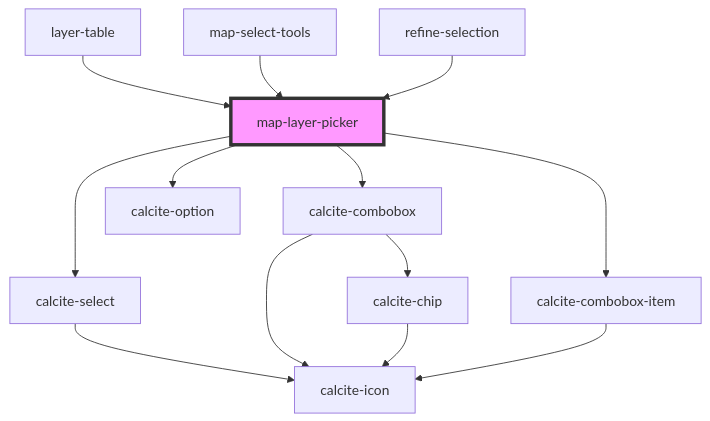
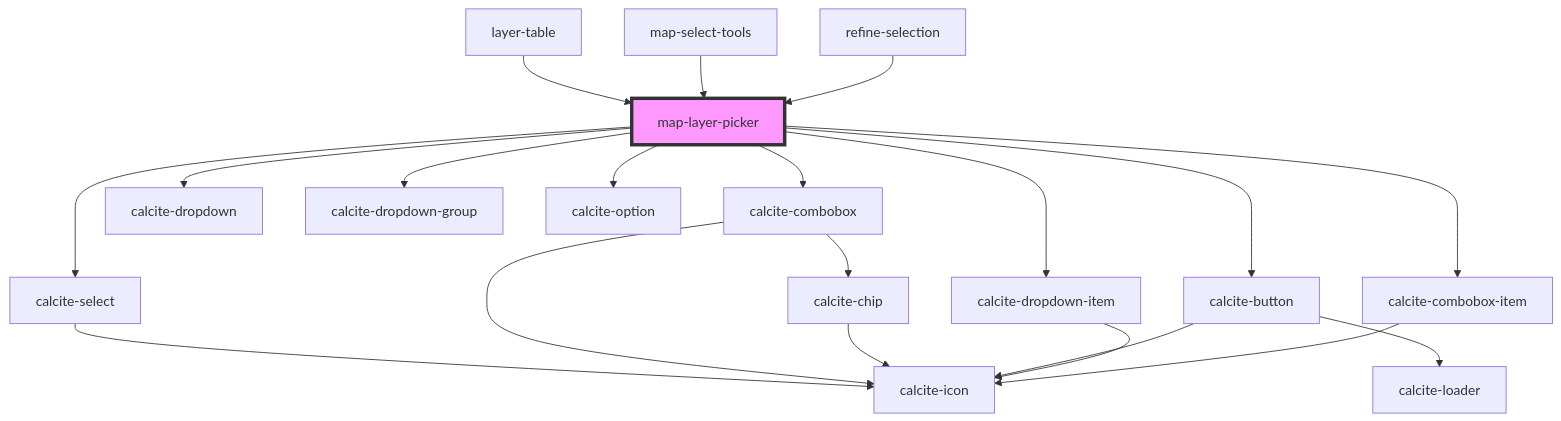
One commit to Esri/solutions-components changed the diagram in src/components/map-layer-picker/readme.md. Above: the diagram before and after it, drawn with Mermaid. The commit also changed other lines of this file and 10 other files, not shown here.

Commit message:
add dropdown map layer picker type

````diff
--- a/src/components/map-layer-picker/readme.md
+++ b/src/components/map-layer-picker/readme.md
@@ -43,16 +48,23 @@
 ```mermaid
 graph TD;
   map-layer-picker --> calcite-select
   map-layer-picker --> calcite-combobox
+  map-layer-picker --> calcite-dropdown
+  map-layer-picker --> calcite-button
+  map-layer-picker --> calcite-dropdown-group
+  map-layer-picker --> calcite-dropdown-item
   map-layer-picker --> calcite-option
   map-layer-picker --> calcite-combobox-item
   calcite-select --> calcite-icon
   calcite-combobox --> calcite-chip
   calcite-combobox --> calcite-icon
   calcite-chip --> calcite-icon
+  calcite-button --> calcite-loader
+  calcite-button --> calcite-icon
+  calcite-dropdown-item --> calcite-icon
   calcite-combobox-item --> calcite-icon
   layer-table --> map-layer-picker
   map-select-tools --> map-layer-picker
   refine-selection --> map-layer-picker
   style map-layer-picker fill:#f9f,stroke:#333,stroke-width:4px
 ```
````
